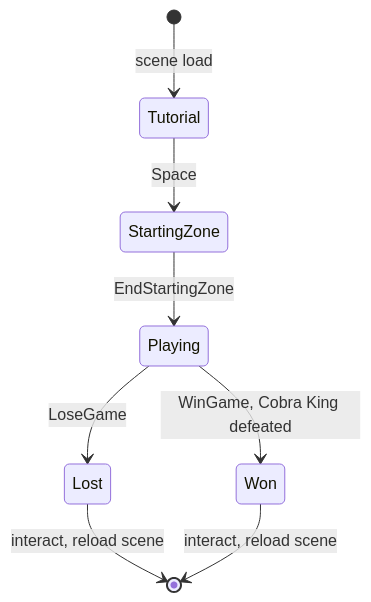
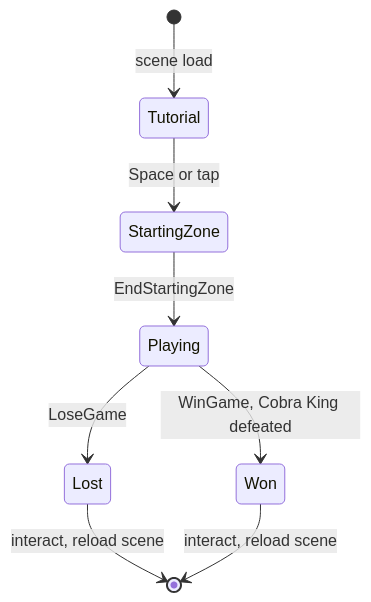
The third of 4 diagrams in docs/monkobra-tdd.md (CSCI-526/Team4-Lu_Lu), drawn with Mermaid before and after one commit. The commit also changed other lines of this file and 2 other files, not shown here.

````diff
--- a/docs/monkobra-tdd.md
+++ b/docs/monkobra-tdd.md
@@ -91,10 +91,10 @@
 ```mermaid
 stateDiagram-v2
   [*] --> Tutorial: scene load
-  Tutorial --> StartingZone: Space
+  Tutorial --> StartingZone: Space or tap
   StartingZone --> Playing: EndStartingZone
   Playing --> Lost: LoseGame
   Lost --> [*]: interact, reload scene
   Playing --> Won: WinGame, Cobra King defeated
   Won --> [*]: interact, reload scene
 ```
````
